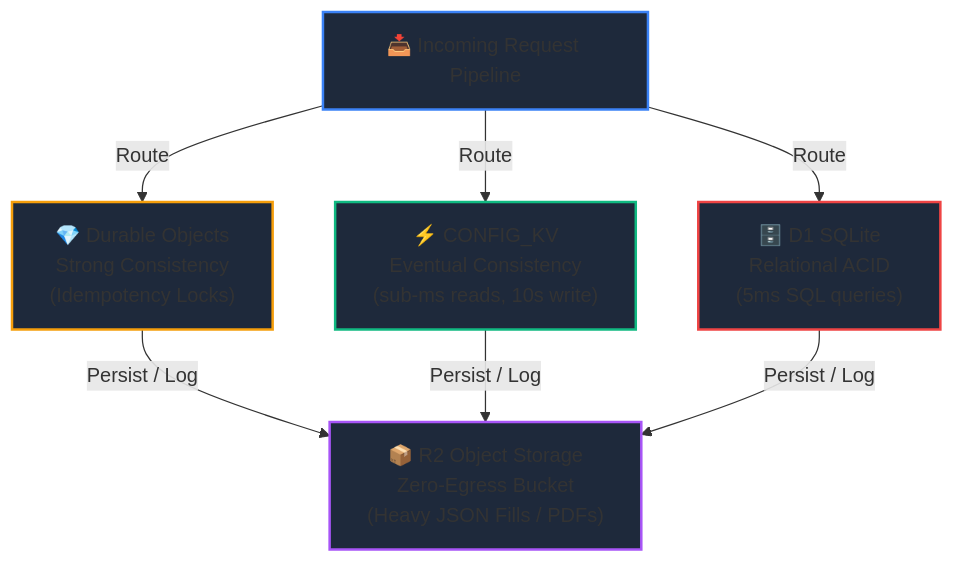
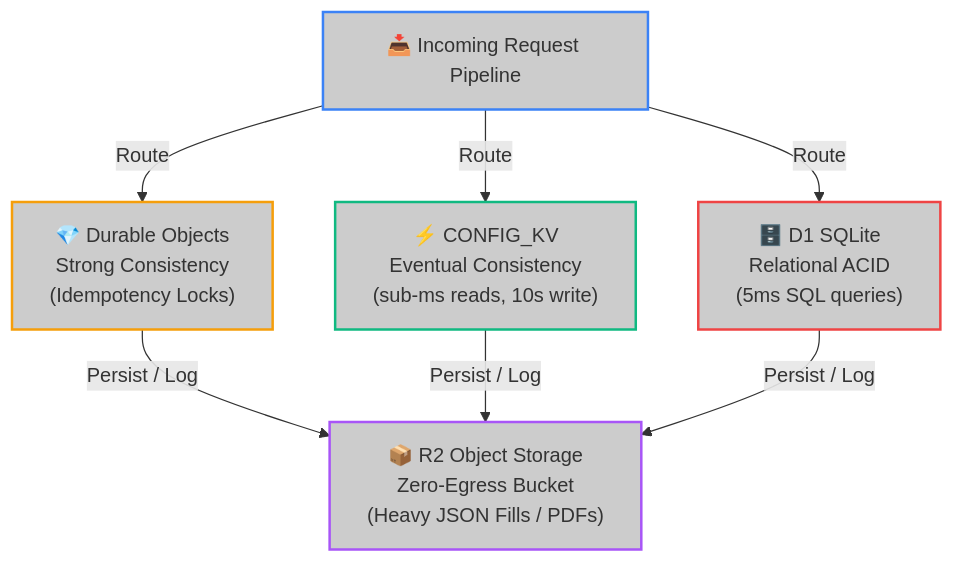
One commit to jango-blockchained/hoox-setup changed the diagram in docs/devops/architecture/storage.md. Above: the diagram before and after it, drawn with Mermaid. The commit also changed 38 other files, not shown here.

````diff
--- a/docs/devops/architecture/storage.md
+++ b/docs/devops/architecture/storage.md
@@ -16,16 +16,16 @@
 ```mermaid
 graph TD
     Pipeline["📥 Incoming Request Pipeline"] -->|Route| DO["💎 Durable Objects<br/>Strong Consistency<br/>(Idempotency Locks)"]
     Pipeline -->|Route| KV["⚡ CONFIG_KV<br/>Eventual Consistency<br/>(sub-ms reads, 10s write)"]
     Pipeline -->|Route| D1["🗄️ D1 SQLite<br/>Relational ACID<br/>(5ms SQL queries)"]
 
     DO -->|Persist / Log| R2["📦 R2 Object Storage<br/>Zero-Egress Bucket<br/>(Heavy JSON Fills / PDFs)"]
     KV -->|Persist / Log| R2
     D1 -->|Persist / Log| R2
 
-    style Pipeline fill:#1e293b,stroke:#3b82f6,stroke-width:2
-    style DO fill:#1e293b,stroke:#f59e0b,stroke-width:2
-    style KV fill:#1e293b,stroke:#10b981,stroke-width:2
-    style D1 fill:#1e293b,stroke:#ef4444,stroke-width:2
-    style R2 fill:#1e293b,stroke:#a855f7,stroke-width:2
+    style Pipeline fill:#CCCCCC,stroke:#3b82f6,stroke-width:2
+    style DO fill:#CCCCCC,stroke:#f59e0b,stroke-width:2
+    style KV fill:#CCCCCC,stroke:#10b981,stroke-width:2
+    style D1 fill:#CCCCCC,stroke:#ef4444,stroke-width:2
+    style R2 fill:#CCCCCC,stroke:#a855f7,stroke-width:2
 ```
````
